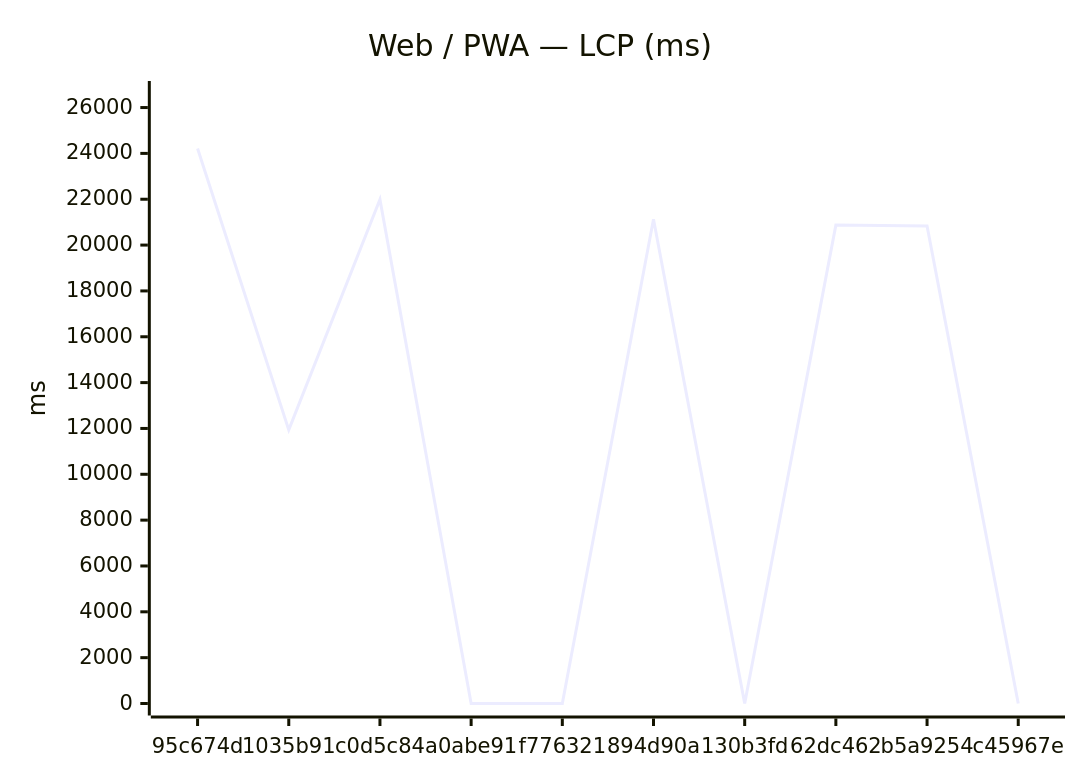
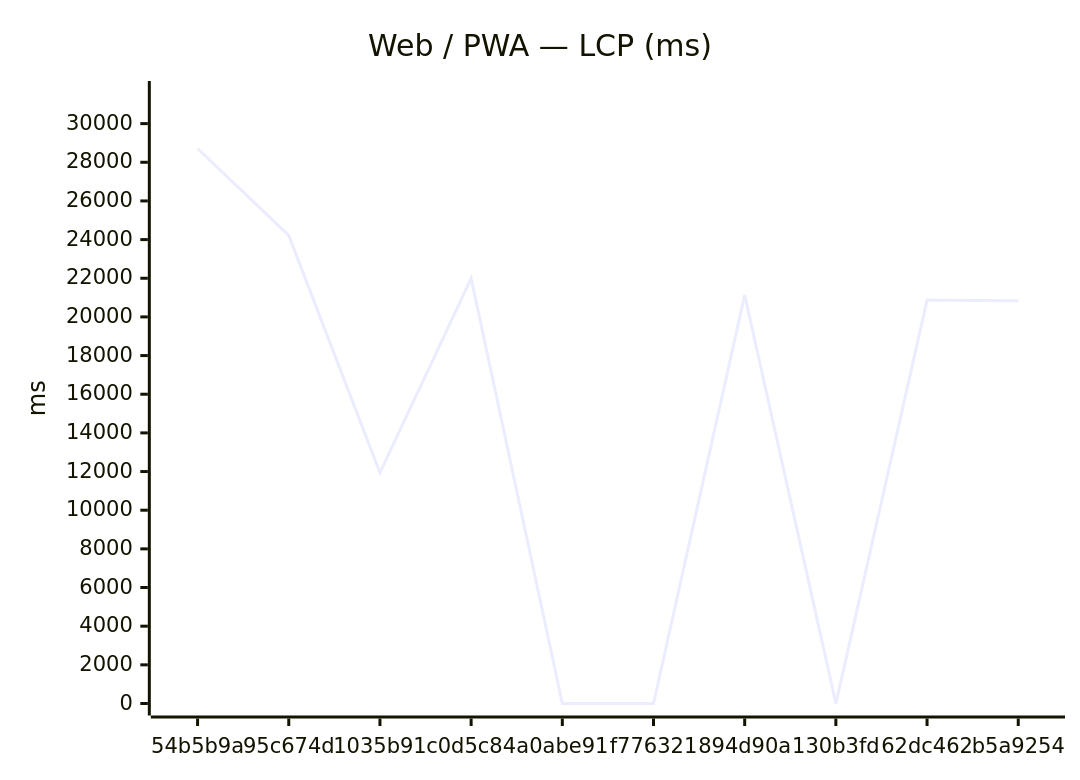
The first of 18 diagrams in benchmarks/compare.md (Metaheurist/Rianell), drawn with Mermaid before and after one commit. The commit also changed other lines of this file and 11 other files, not shown here.

````diff
--- a/benchmarks/compare.md
+++ b/benchmarks/compare.md
@@ -24,7 +24,7 @@
 ```mermaid
 xychart-beta
     title "Web / PWA — LCP (ms)"
-    x-axis ["95c674d", "1035b91", "c0d5c84", "a0abe91", "f776321", "894d90a", "130b3fd", "62dc462", "b5a9254", "c45967e"]
-    y-axis "ms" 0 --> 26635
-    line [24213, 11936, 21994, 0, 0, 21131, 0, 20871, 20837, 0]
+    x-axis ["54b5b9a", "95c674d", "1035b91", "c0d5c84", "a0abe91", "f776321", "894d90a", "130b3fd", "62dc462", "b5a9254"]
+    y-axis "ms" 0 --> 31584
+    line [28712, 24213, 11936, 21994, 0, 0, 21131, 0, 20871, 20837]
 ```
````
